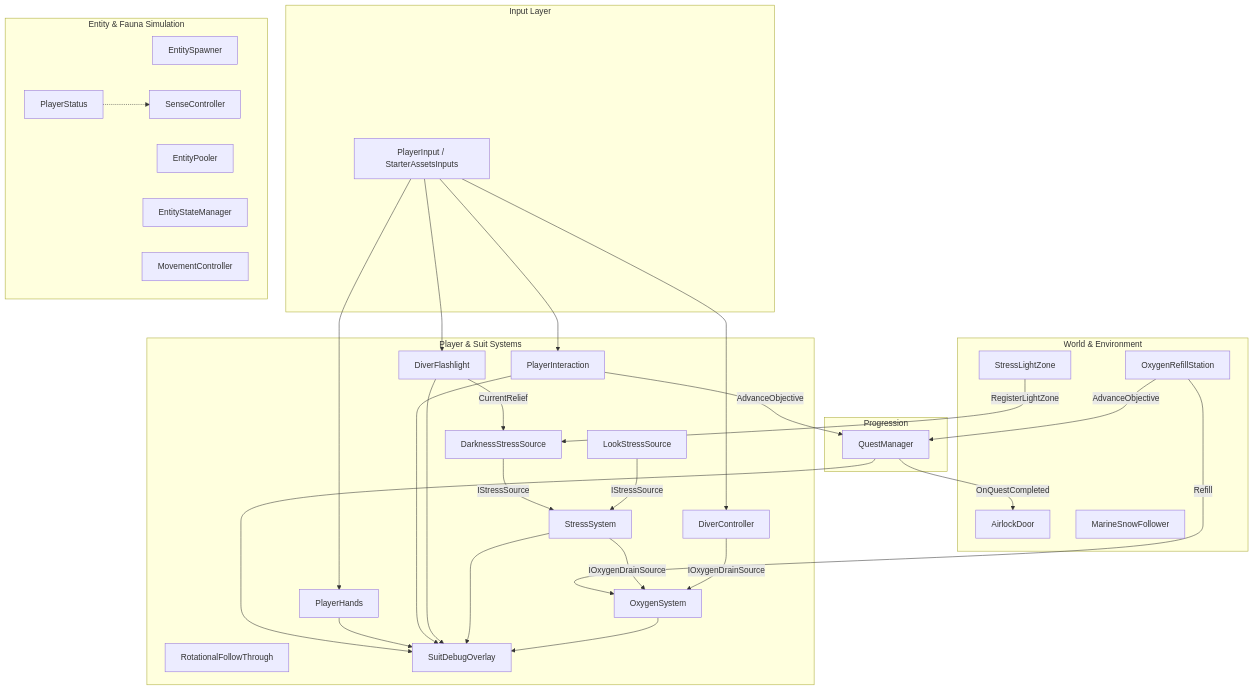
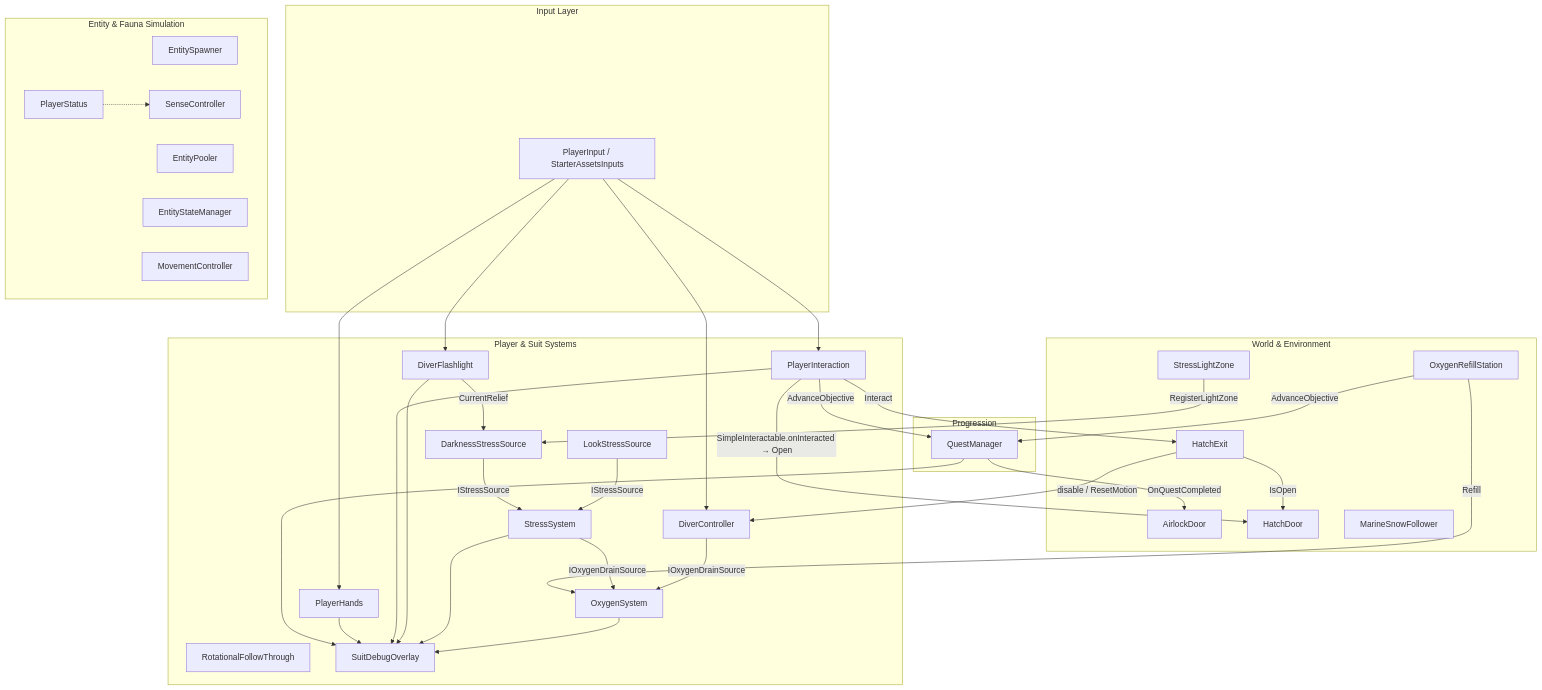
Before and after one commit to Fr3nezy/Project_Deep: the diagram in documentation/README.md, drawn with Mermaid. The commit also changed other lines of this file and 24 other files, not shown here.

First line of the commit message:
Add descent capsule hatch interaction and guided exit

````diff
--- a/documentation/README.md
+++ b/documentation/README.md
@@ -115,72 +117,78 @@
 ```mermaid
 flowchart TD
     subgraph Input_Layer [Input Layer]
         Input[PlayerInput / StarterAssetsInputs]
     end
 
     subgraph Player_Systems [Player & Suit Systems]
         Diver[DiverController]
         Flashlight[DiverFlashlight]
         LookStress[LookStressSource]
         DarkStress[DarknessStressSource]
         Stress[StressSystem]
         Oxygen[OxygenSystem]
         Hands[PlayerHands]
         Interaction[PlayerInteraction]
         FollowThrough[RotationalFollowThrough]
         Feedback[SuitDebugOverlay]
     end
 
     subgraph World_Systems [World & Environment]
         LightZones[StressLightZone]
         RefillStation[OxygenRefillStation]
         Airlock[AirlockDoor]
+        Hatch[HatchDoor]
+        HatchExit[HatchExit]
         Snow[MarineSnowFollower]
     end
 
     subgraph Progression [Progression]
         Quests[QuestManager]
     end
 
     subgraph Fauna [Entity & Fauna Simulation]
         Spawner[EntitySpawner]
         Pooler[EntityPooler]
         FaunaFSM[EntityStateManager]
         FaunaSense[SenseController]
         FaunaMove[MovementController]
         PlayerPrcp[PlayerStatus]
     end
 
     %% Input Wiring
     Input --> Diver
     Input --> Flashlight
     Input --> Interaction
     Input --> Hands
 
     %% Player Internal Wiring
     Diver -->|IOxygenDrainSource| Oxygen
     LookStress -->|IStressSource| Stress
     DarkStress -->|IStressSource| Stress
     Stress -->|IOxygenDrainSource| Oxygen
     Flashlight -->|CurrentRelief| DarkStress
 
     %% World to Player
     LightZones -->|RegisterLightZone| DarkStress
     RefillStation -->|Refill| Oxygen
     RefillStation -->|AdvanceObjective| Quests
     Interaction -->|AdvanceObjective| Quests
+    Interaction -->|SimpleInteractable.onInteracted → Open| Hatch
+    Interaction -->|Interact| HatchExit
+    HatchExit -->|IsOpen| Hatch
+    HatchExit -->|disable / ResetMotion| Diver
 
     %% Progression to World
     Quests -->|OnQuestCompleted| Airlock
 
     %% Feedback Wiring
     Oxygen --> Feedback
     Stress --> Feedback
     Flashlight --> Feedback
     Interaction --> Feedback
     Hands --> Feedback
     Quests --> Feedback
 
     %% Fauna to Player
     PlayerPrcp -.-> FaunaSense
 ```
````
